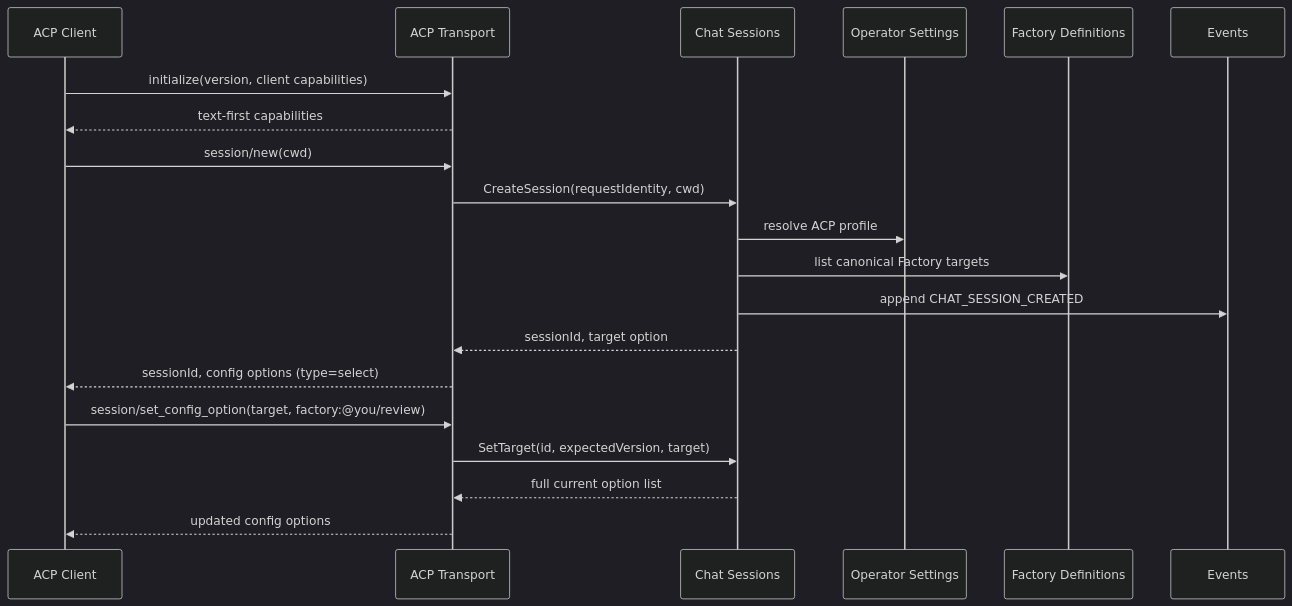
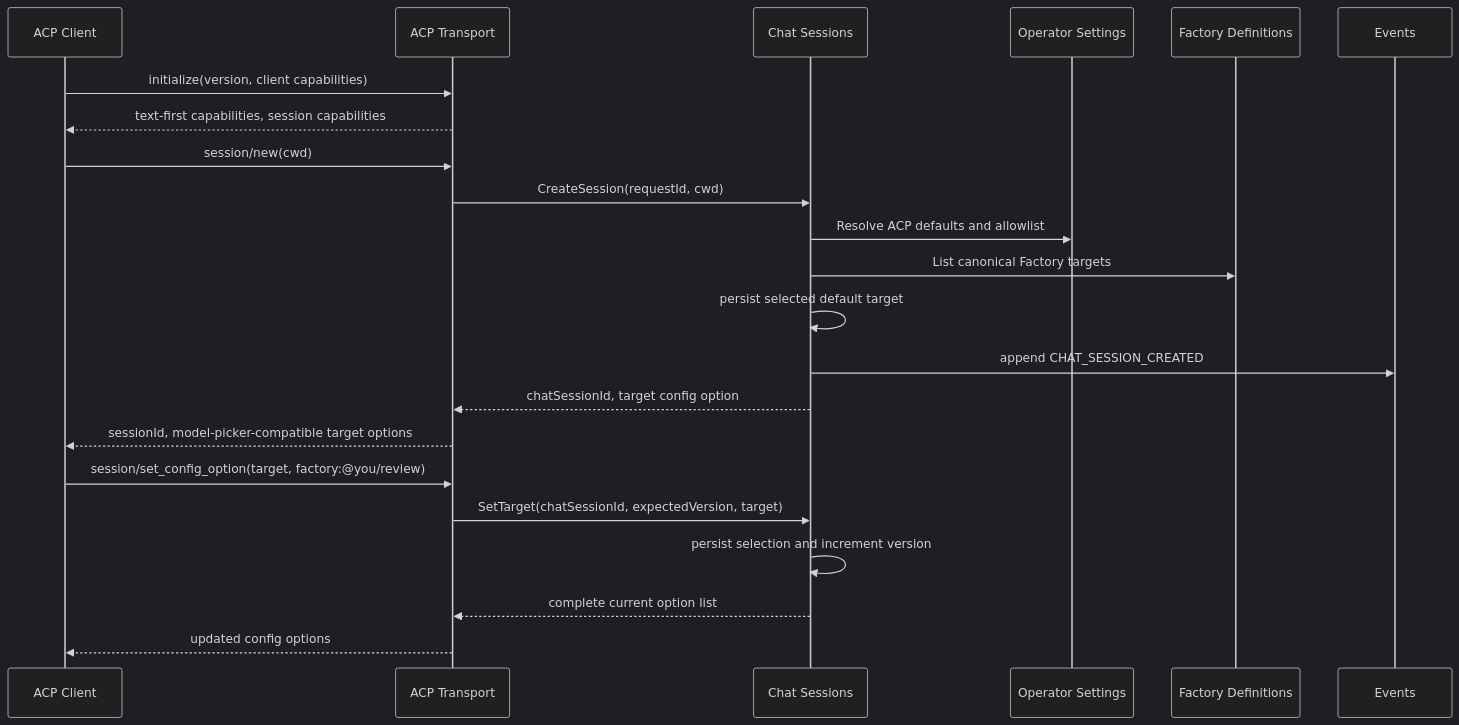
Before and after one commit to portpowered/you-agent-factory: the second of 7 diagrams in docs/internal/projects/acp-client/final-proposal.md, drawn with Mermaid (dark theme). The commit also changed other lines of this file and 20 other files, not shown here.

````diff
--- a/docs/internal/projects/acp-client/final-proposal.md
+++ b/docs/internal/projects/acp-client/final-proposal.md
@@ -475,23 +787,25 @@
 ```mermaid
 sequenceDiagram
     participant C as ACP Client
     participant A as ACP Transport
     participant Chat as Chat Sessions
-    participant Set as Operator Settings
+    participant Settings as Operator Settings
     participant Def as Factory Definitions
     participant Ev as Events
 
     C->>A: initialize(version, client capabilities)
-    A-->>C: text-first capabilities
+    A-->>C: text-first capabilities, session capabilities
     C->>A: session/new(cwd)
-    A->>Chat: CreateSession(requestIdentity, cwd)
-    Chat->>Set: resolve ACP profile
-    Chat->>Def: list canonical Factory targets
+    A->>Chat: CreateSession(requestId, cwd)
+    Chat->>Settings: Resolve ACP defaults and allowlist
+    Chat->>Def: List canonical Factory targets
+    Chat->>Chat: persist selected default target
     Chat->>Ev: append CHAT_SESSION_CREATED
-    Chat-->>A: sessionId, target option
-    A-->>C: sessionId, config options (type=select)
+    Chat-->>A: chatSessionId, target config option
+    A-->>C: sessionId, model-picker-compatible target options
     C->>A: session/set_config_option(target, factory:@you/review)
-    A->>Chat: SetTarget(id, expectedVersion, target)
-    Chat-->>A: full current option list
+    A->>Chat: SetTarget(chatSessionId, expectedVersion, target)
+    Chat->>Chat: persist selection and increment version
+    Chat-->>A: complete current option list
     A-->>C: updated config options
 ```
````
